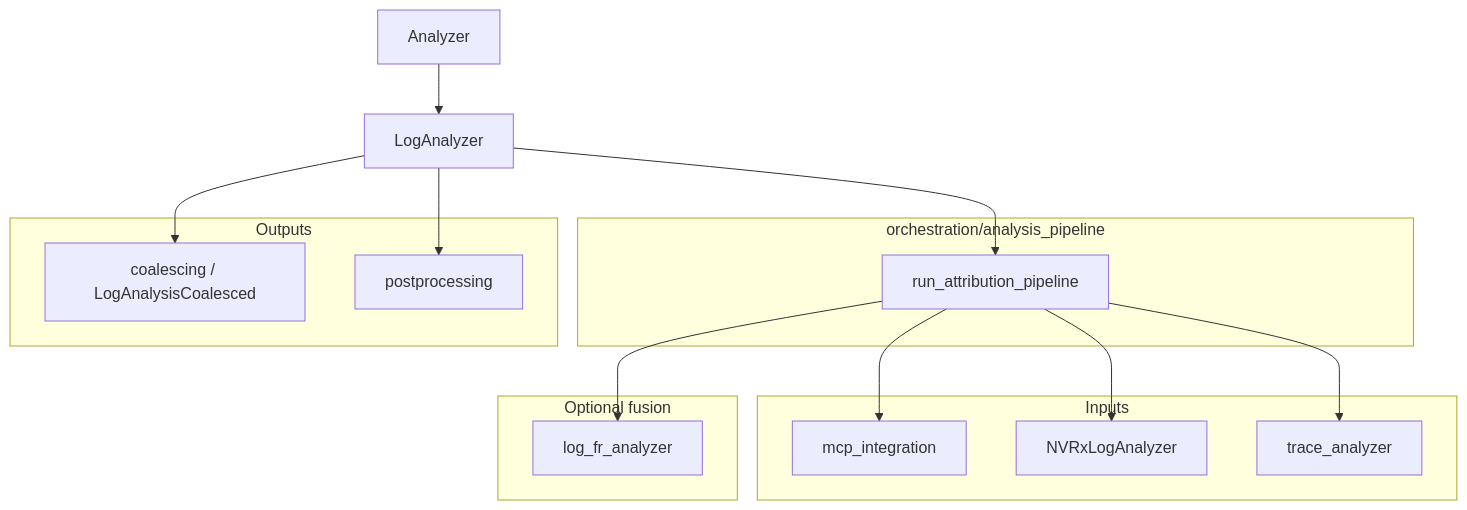
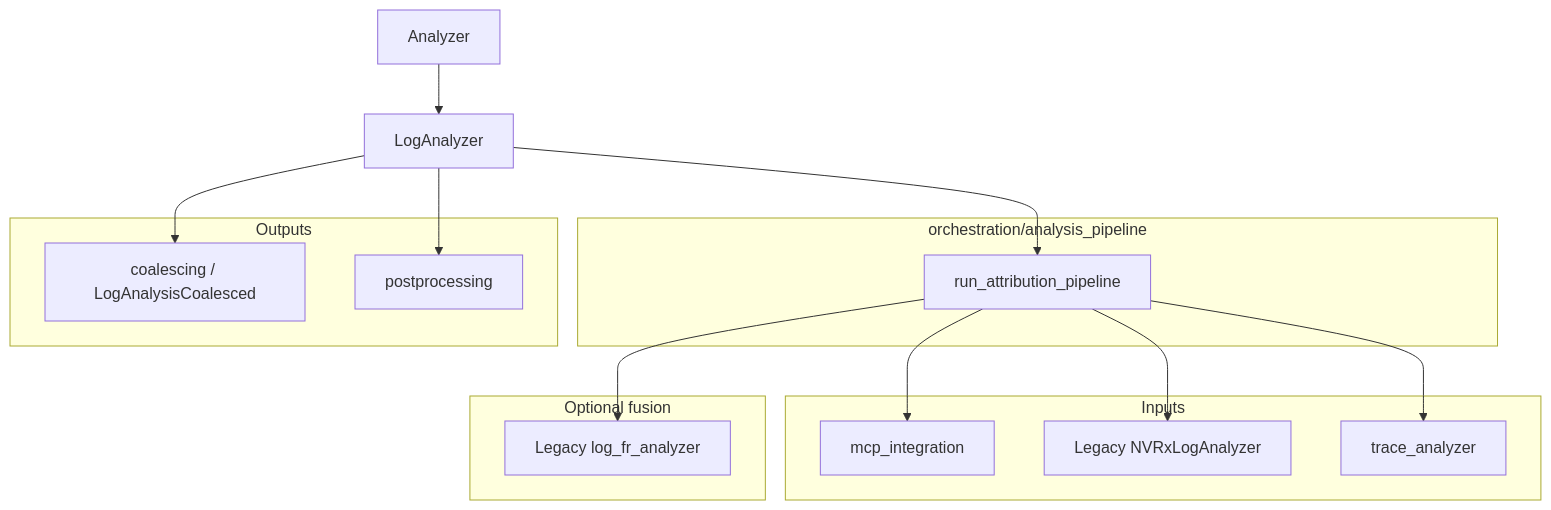
One commit to NVIDIA/nvidia-resiliency-ext changed the third of 3 diagrams in src/nvidia_resiliency_ext/attribution/ARCHITECTURE.md. Above: the diagram before and after it, drawn with Mermaid. The commit also changed other lines of this file and 69 other files, not shown here.

Commit message:
Fix wheel scan and isolate legacy LogSage deps

````diff
--- a/src/nvidia_resiliency_ext/attribution/ARCHITECTURE.md
+++ b/src/nvidia_resiliency_ext/attribution/ARCHITECTURE.md
@@ -85,33 +86,33 @@
 ```mermaid
 flowchart TB
     AN[Analyzer]
     LA[LogAnalyzer]
 
     subgraph pipeline [orchestration/analysis_pipeline]
         AP[run_attribution_pipeline]
     end
 
     subgraph inputs [Inputs]
         MCP[mcp_integration]
-        NV[NVRxLogAnalyzer]
+        NV[Legacy NVRxLogAnalyzer]
         TA[trace_analyzer]
     end
 
     subgraph fusion [Optional fusion]
-        CLF[log_fr_analyzer]
+        CLF[Legacy log_fr_analyzer]
     end
 
     subgraph out [Outputs]
         CO[coalescing / LogAnalysisCoalesced]
         PP[postprocessing]
     end
 
     AN --> LA
     LA --> AP
     LA --> CO
     LA --> PP
     AP --> MCP
     AP --> NV
     AP --> TA
     AP --> CLF
 ```
````
